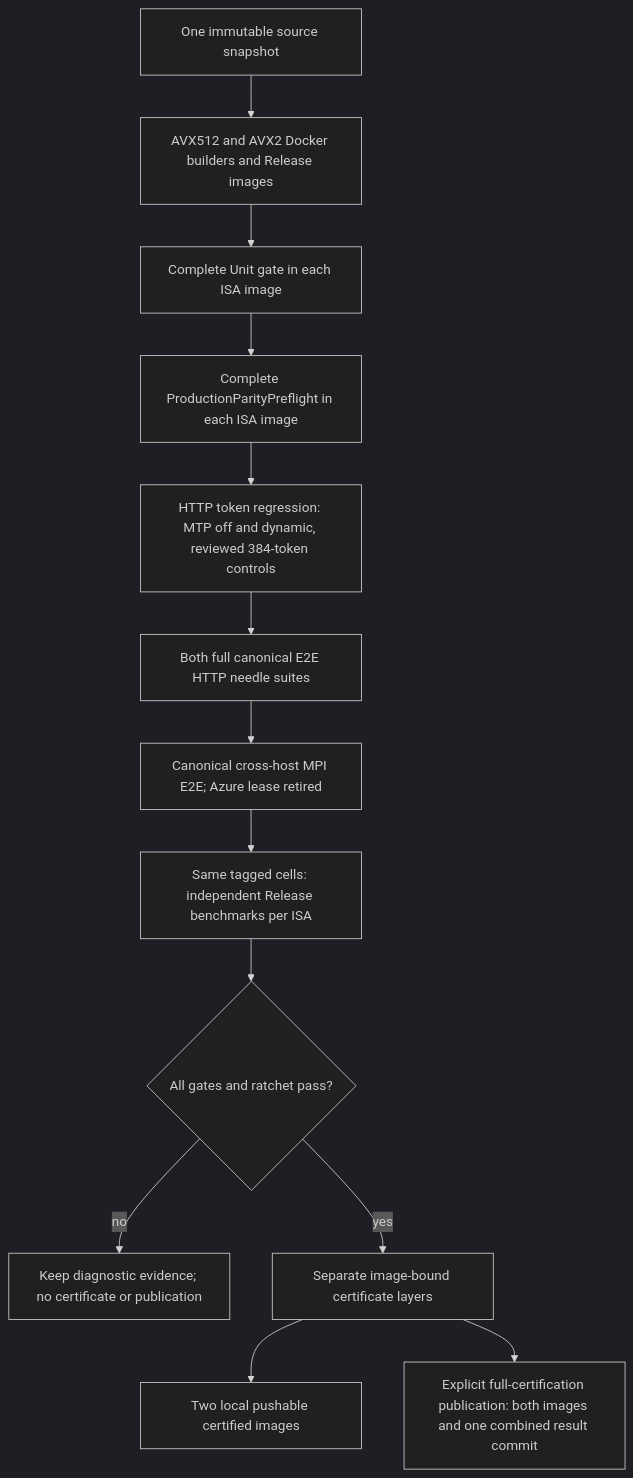
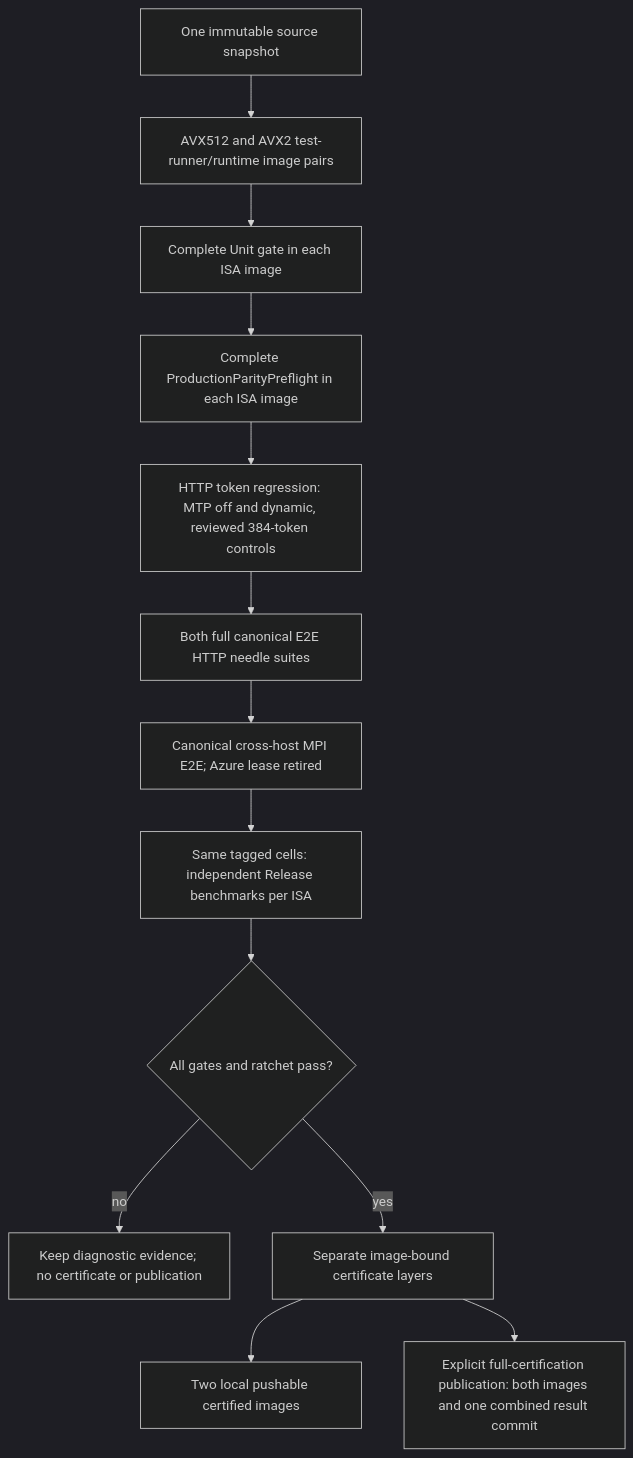
The diagram in docs/production-ci.md (Llaminar/llaminar), drawn with Mermaid (dark theme) before and after one commit. The commit also changed other lines of this file and 15 other files, not shown here.

````diff
--- a/docs/production-ci.md
+++ b/docs/production-ci.md
@@ -129,15 +160,15 @@
 ```mermaid
 flowchart TD
-    S[One immutable source snapshot] --> B[AVX512 and AVX2 Docker builders and Release images]
+    S[One immutable source snapshot] --> B[AVX512 and AVX2 test-runner/runtime image pairs]
     B --> U[Complete Unit gate in each ISA image]
     U --> P[Complete ProductionParityPreflight in each ISA image]
     P --> G[HTTP token regression: MTP off and dynamic, reviewed 384-token controls]
     G --> E[Both full canonical E2E HTTP needle suites]
     E --> X[Canonical cross-host MPI E2E; Azure lease retired]
     X --> T[Same tagged cells: independent Release benchmarks per ISA]
     T --> R{All gates and ratchet pass?}
     R -- no --> F[Keep diagnostic evidence; no certificate or publication]
     R -- yes --> C[Separate image-bound certificate layers]
     C --> L[Two local pushable certified images]
     C --> O[Explicit full-certification publication: both images and one combined result commit]
 ```
````
